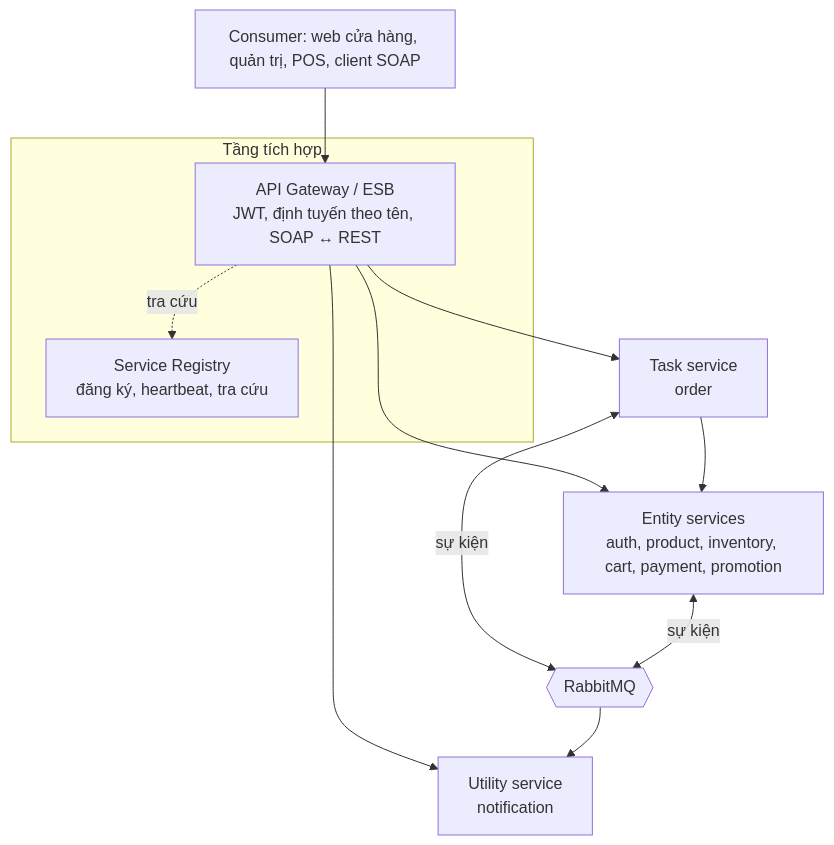
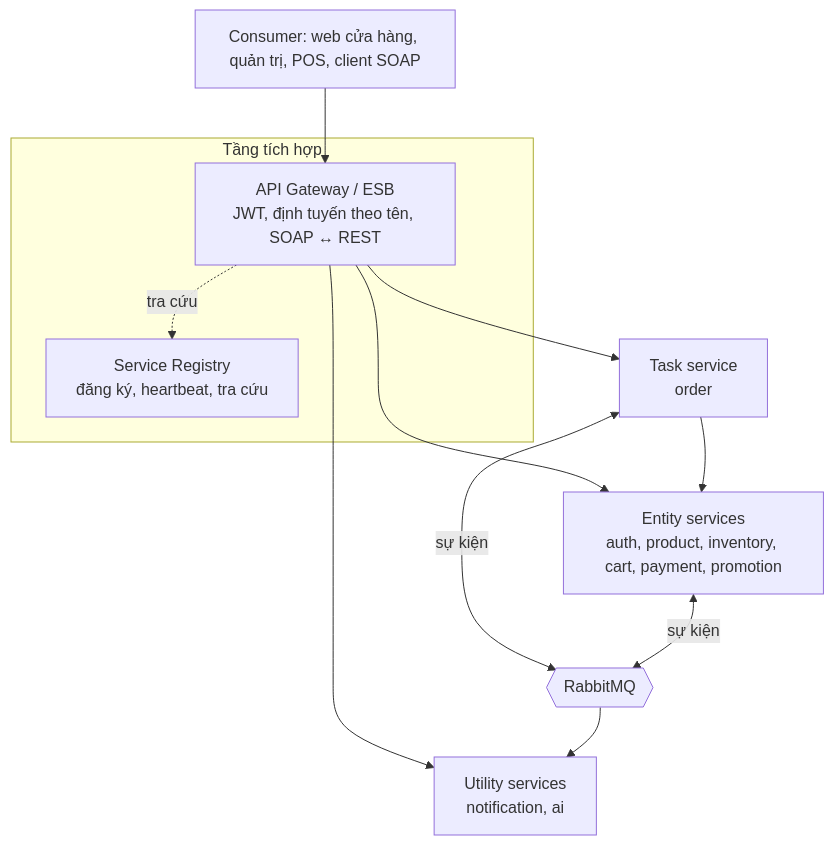
One commit to hmduc2604/Tap-hoa-Xanh changed the diagram in README.md. Above: the diagram before and after it, drawn with Mermaid. The commit also changed other lines of this file and 79 other files, not shown here.

````diff
--- a/README.md
+++ b/README.md
@@ -9,14 +9,14 @@
 ```mermaid
 flowchart TB
     C["Consumer: web cửa hàng, quản trị, POS, client SOAP"] --> GW
     subgraph INT["Tầng tích hợp"]
         GW["API Gateway / ESB<br/>JWT, định tuyến theo tên, SOAP ↔ REST"]
         REG["Service Registry<br/>đăng ký, heartbeat, tra cứu"]
     end
     GW -. tra cứu .-> REG
     GW --> T & E & U
     T["Task service<br/>order"] --> E["Entity services<br/>auth, product, inventory, cart, payment, promotion"]
-    U["Utility service<br/>notification"]
+    U["Utility services<br/>notification, ai"]
     T & E <-->|sự kiện| MQ{{RabbitMQ}}
     MQ --> U
 ```
````
